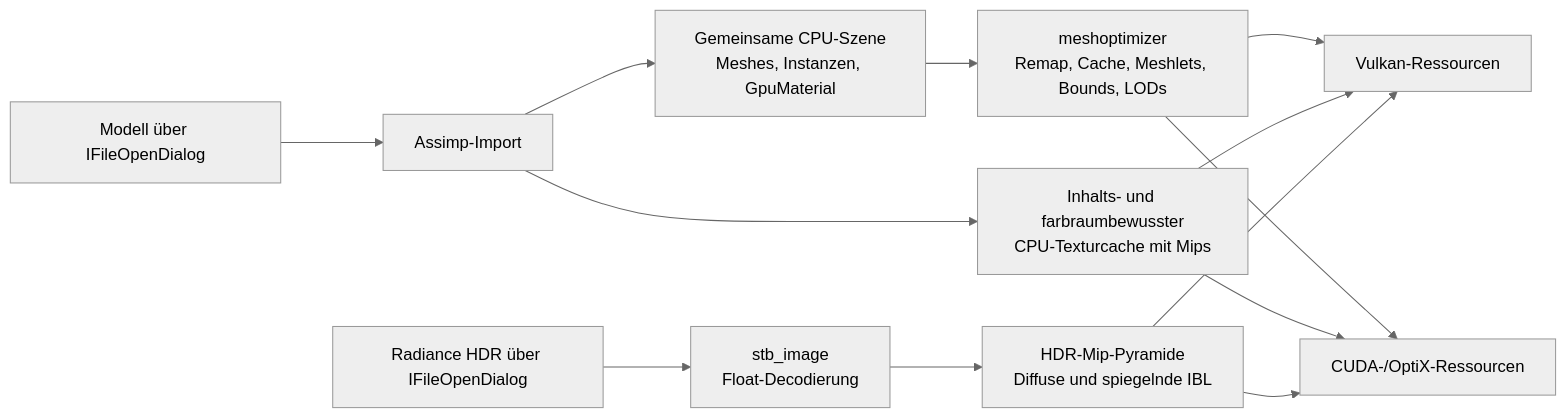
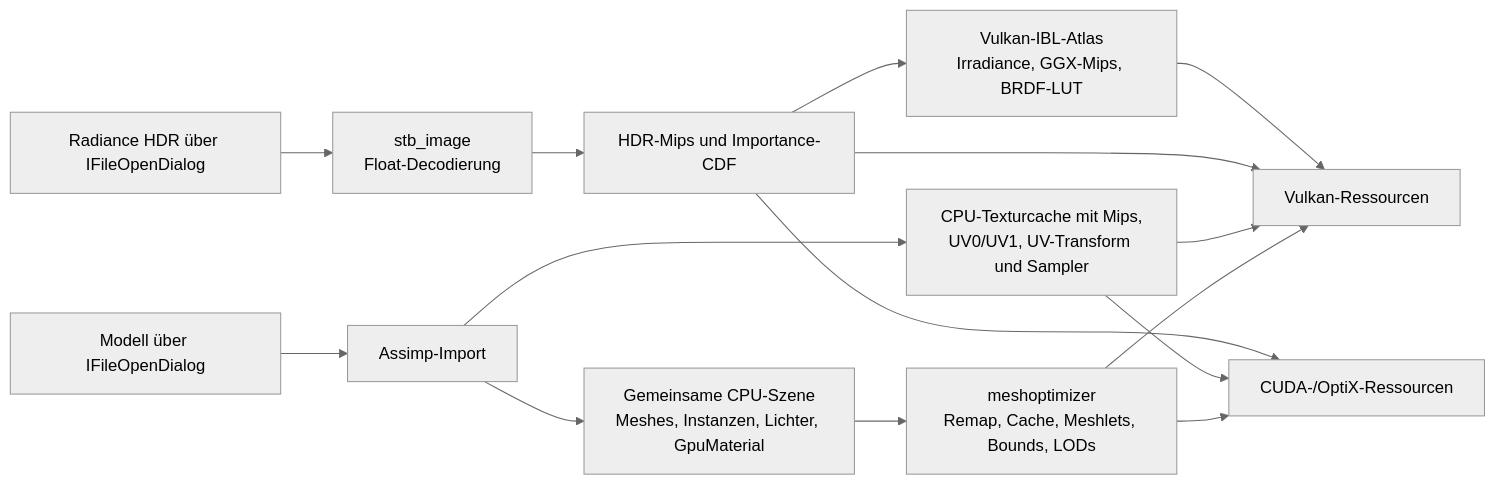
One commit to F2TekIndie/VORaytracer changed the first of 4 diagrams in RENDERPFADE.md. Above: the diagram before and after it, drawn with Mermaid (neutral theme). The commit also changed other lines of this file and 19 other files, not shown here.

````diff
--- a/RENDERPFADE.md
+++ b/RENDERPFADE.md
@@ -7,15 +7,17 @@
 ```mermaid
 flowchart LR
     Model["Modell über IFileOpenDialog"] --> Assimp["Assimp-Import"]
-    Assimp --> Scene["Gemeinsame CPU-Szene<br/>Meshes, Instanzen, GpuMaterial"]
-    Assimp --> Textures["Inhalts- und farbraumbewusster<br/>CPU-Texturcache mit Mips"]
+    Assimp --> Scene["Gemeinsame CPU-Szene<br/>Meshes, Instanzen, Lichter, GpuMaterial"]
+    Assimp --> Textures["CPU-Texturcache mit Mips,<br/>UV0/UV1, UV-Transform und Sampler"]
     Scene --> Meshopt["meshoptimizer<br/>Remap, Cache, Meshlets, Bounds, LODs"]
     HDR["Radiance HDR über IFileOpenDialog"] --> STB["stb_image<br/>Float-Decodierung"]
-    STB --> Mips["HDR-Mip-Pyramide<br/>Diffuse und spiegelnde IBL"]
+    STB --> Mips["HDR-Mips und Importance-CDF"]
+    Mips --> IBL["Vulkan-IBL-Atlas<br/>Irradiance, GGX-Mips, BRDF-LUT"]
     Meshopt --> VulkanData["Vulkan-Ressourcen"]
     Meshopt --> OptixData["CUDA-/OptiX-Ressourcen"]
     Textures --> VulkanData
     Textures --> OptixData
     Mips --> VulkanData
     Mips --> OptixData
+    IBL --> VulkanData
 ```
````
